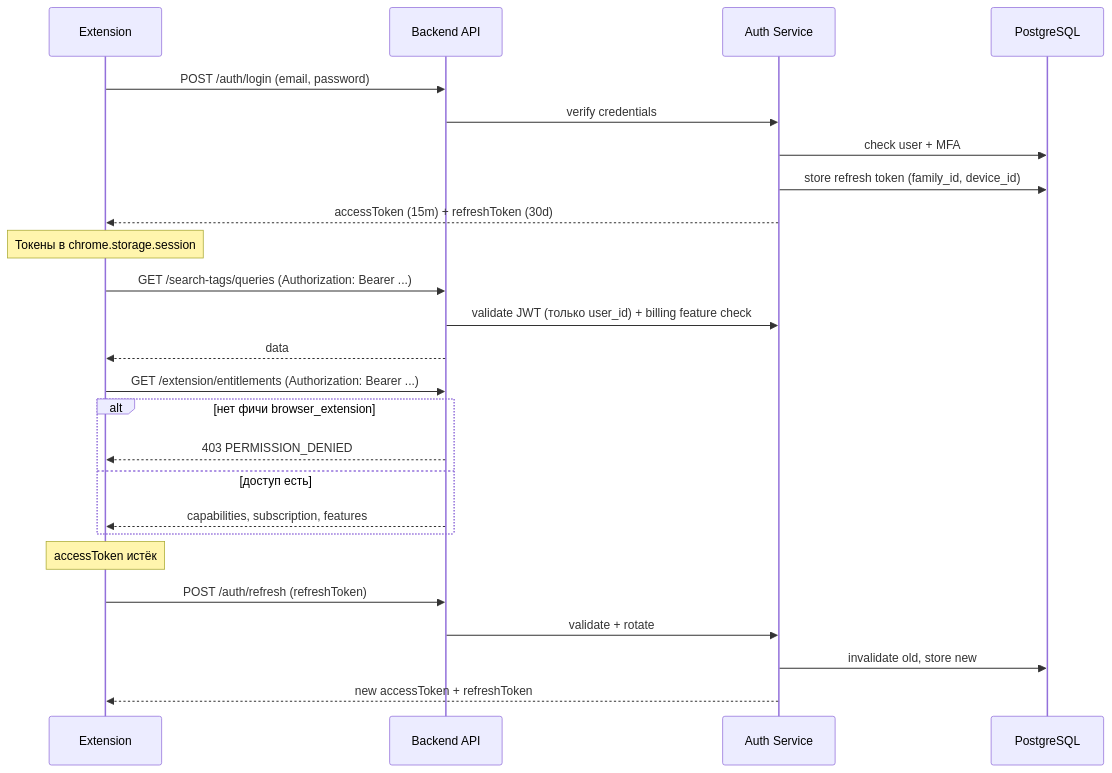
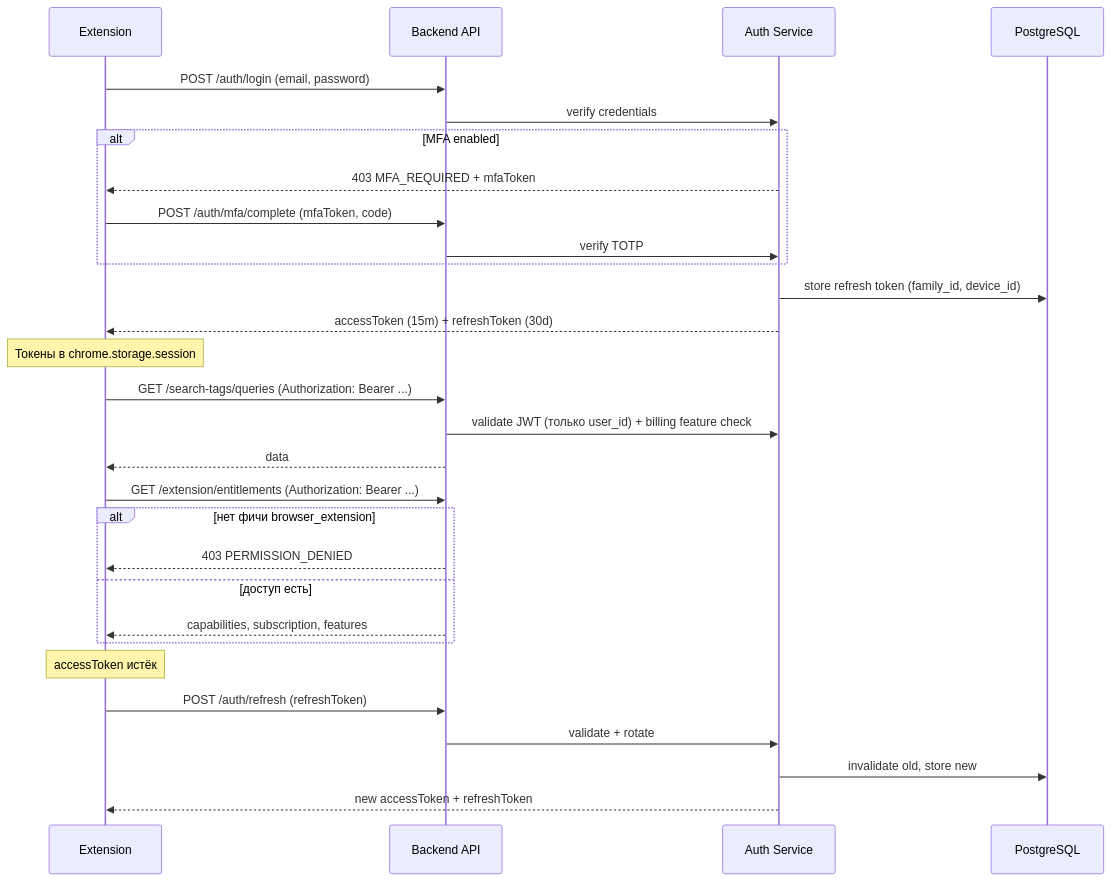
Before and after one commit to MarketHackerLabs/docs: the first of 3 diagrams in architecture/authentication.md, drawn with Mermaid. The commit also changed other lines of this file and 4 other files, not shown here.

````diff
--- a/architecture/authentication.md
+++ b/architecture/authentication.md
@@ -13,33 +13,37 @@
 ```mermaid
 sequenceDiagram
     participant EXT as Extension
     participant API as Backend API
     participant AUTH as Auth Service
     participant PG as PostgreSQL
 
     EXT->>API: POST /auth/login (email, password)
     API->>AUTH: verify credentials
-    AUTH->>PG: check user + MFA
+    alt MFA enabled
+        AUTH-->>EXT: 403 MFA_REQUIRED + mfaToken
+        EXT->>API: POST /auth/mfa/complete (mfaToken, code)
+        API->>AUTH: verify TOTP
+    end
     AUTH->>PG: store refresh token (family_id, device_id)
     AUTH-->>EXT: accessToken (15m) + refreshToken (30d)
 
     Note over EXT: Токены в chrome.storage.session
 
     EXT->>API: GET /search-tags/queries (Authorization: Bearer ...)
     API->>AUTH: validate JWT (только user_id) + billing feature check
     API-->>EXT: data
 
     EXT->>API: GET /extension/entitlements (Authorization: Bearer ...)
     alt нет фичи browser_extension
         API-->>EXT: 403 PERMISSION_DENIED
     else доступ есть
         API-->>EXT: capabilities, subscription, features
     end
 
     Note over EXT: accessToken истёк
 
     EXT->>API: POST /auth/refresh (refreshToken)
     API->>AUTH: validate + rotate
     AUTH->>PG: invalidate old, store new
     AUTH-->>EXT: new accessToken + refreshToken
 ```
````
